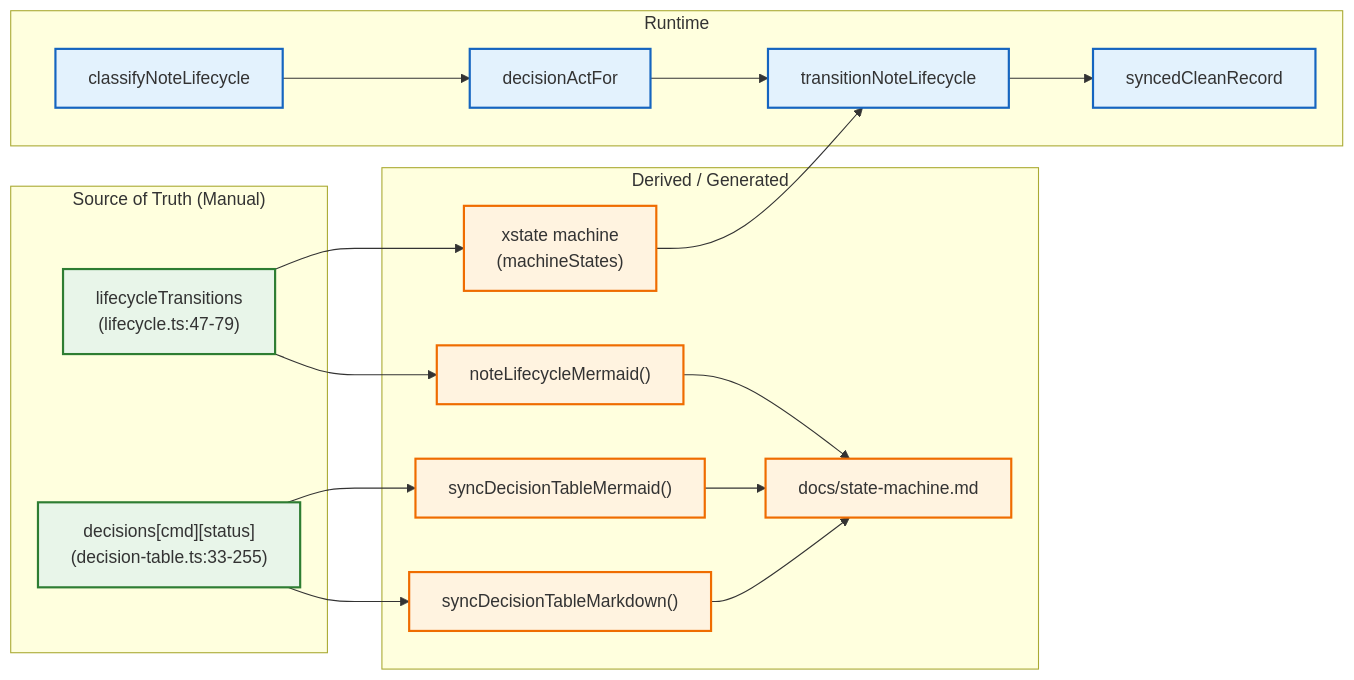
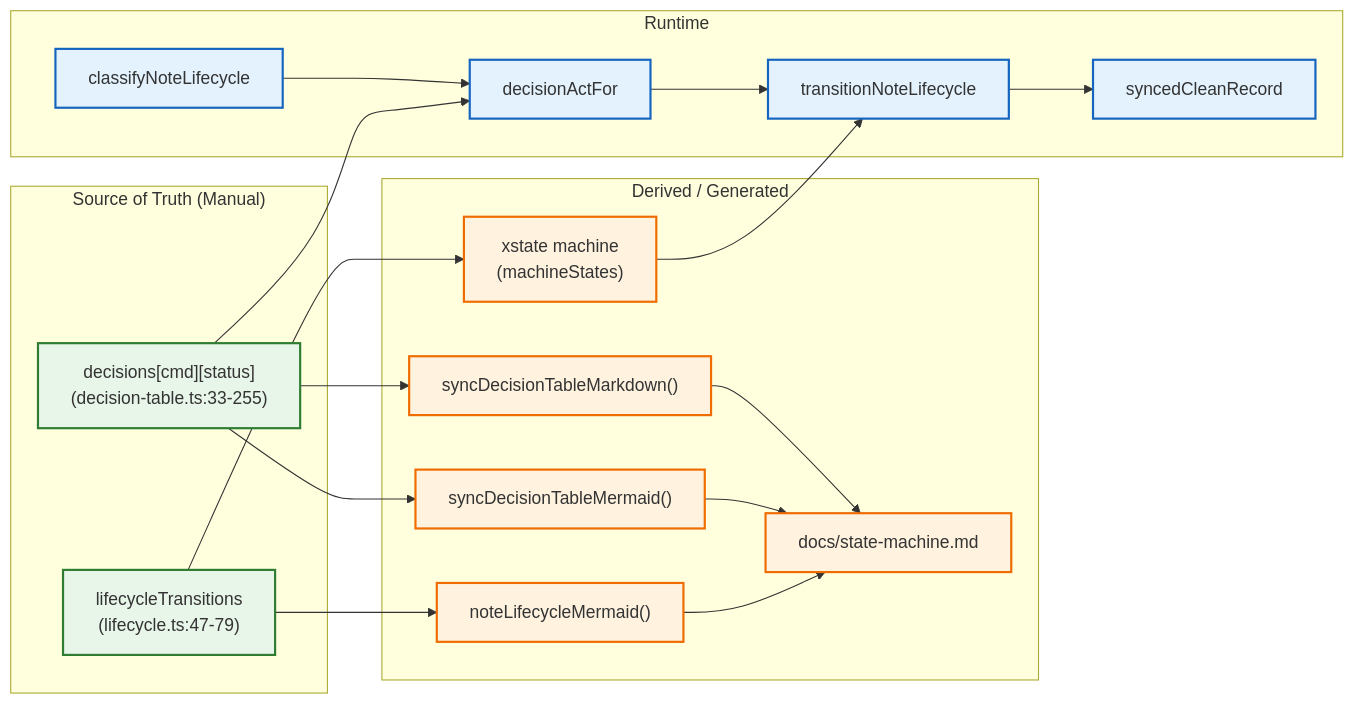
The first of 6 diagrams in docs/state-machine.md (Karol-Szykula/AnkiPalace), drawn with Mermaid before and after one commit. The commit also changed 1 other file, not shown here.

Commit message:
Update a diagram

````diff
--- a/docs/state-machine.md
+++ b/docs/state-machine.md
@@ -8,42 +8,43 @@
 ```mermaid
 flowchart LR
   subgraph SOURCE["Source of Truth (Manual)"]
     LT["lifecycleTransitions<br/>(lifecycle.ts:47-79)"]
     DT["decisions[cmd][status]<br/>(decision-table.ts:33-255)"]
   end
 
   subgraph GEN["Derived / Generated"]
     XSTATE["xstate machine<br/>(machineStates)"]
     MERMAID_LC["noteLifecycleMermaid()"]
     MERMAID_DT["syncDecisionTableMermaid()"]
     MD_DT["syncDecisionTableMarkdown()"]
     DOC["docs/state-machine.md"]
   end
 
   subgraph RUNTIME["Runtime"]
     CLASSIFY["classifyNoteLifecycle"]
     DECIDE["decisionActFor"]
     TRANSIT["transitionNoteLifecycle"]
     LEDGER["syncedCleanRecord"]
   end
 
   LT --> XSTATE
   LT --> MERMAID_LC
   DT --> MERMAID_DT
   DT --> MD_DT
+  DT --> DECIDE
   MERMAID_LC --> DOC
   MERMAID_DT --> DOC
   MD_DT --> DOC
   XSTATE --> TRANSIT
   CLASSIFY --> DECIDE
   DECIDE --> TRANSIT
   TRANSIT --> LEDGER
 
   classDef src fill:#e8f5e9,stroke:#2e7d32,stroke-width:2px;
   classDef gen fill:#fff3e0,stroke:#ef6c00,stroke-width:2px;
   classDef run fill:#e3f2fd,stroke:#1565c0,stroke-width:2px;
   classDef doc fill:#fce4ec,stroke:#c2185b,stroke-width:2px;
   class LT,DT src;
   class XSTATE,MERMAID_LC,MERMAID_DT,MD_DT,DOC gen;
   class CLASSIFY,DECIDE,TRANSIT,LEDGER run;
 ```
````
